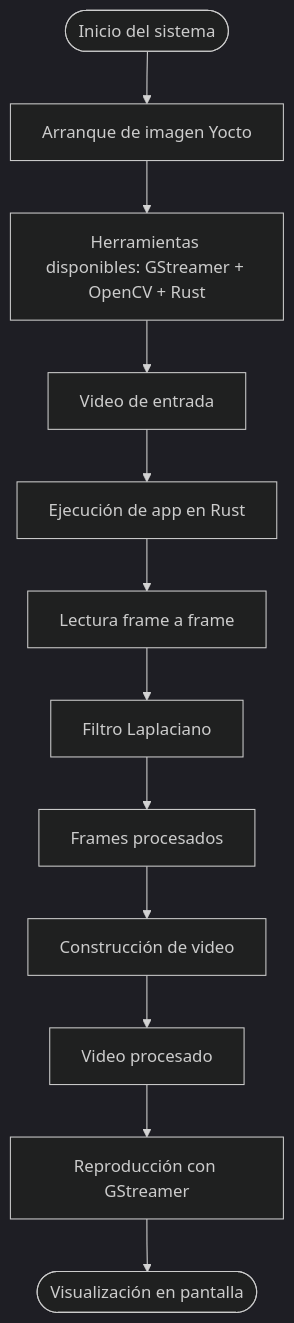
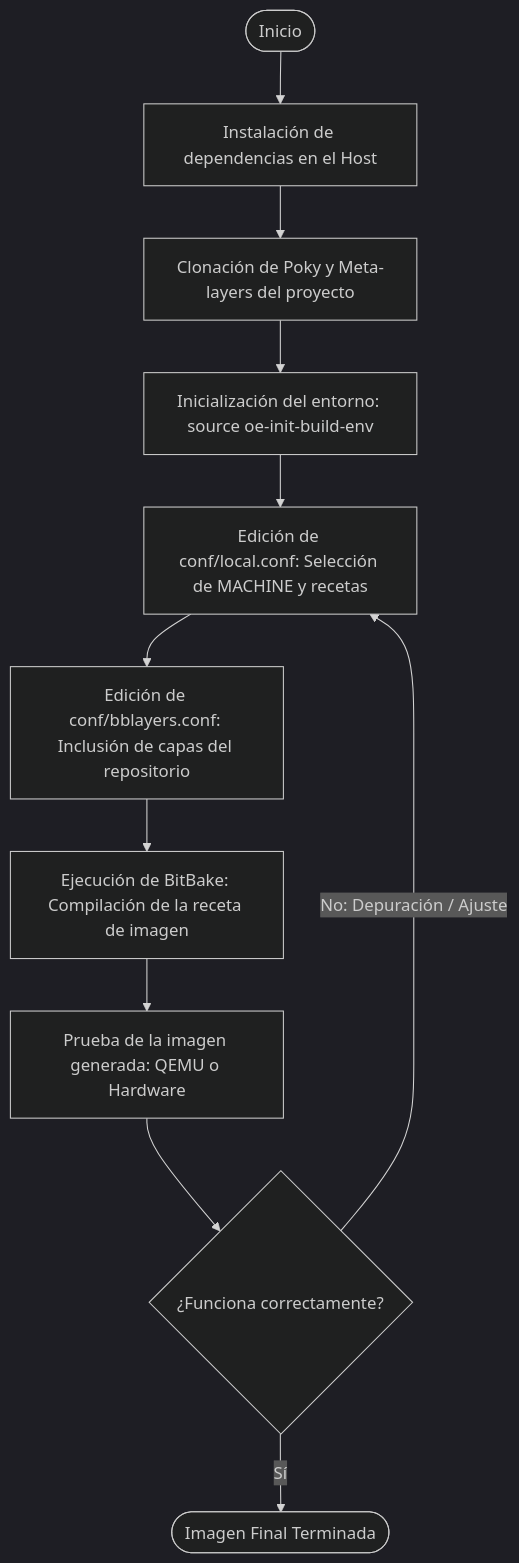
One commit to gaboprz/Embebidos-Proyecto1 changed the second of 3 diagrams in Documentación/tutorial.md. Above: the diagram before and after it, drawn with Mermaid (dark theme). The commit also changed other lines of this file, not shown here.

Commit message:
Revisiones finales a documentación

````diff
--- a/Documentación/tutorial.md
+++ b/Documentación/tutorial.md
@@ -177,15 +178,16 @@
 ```mermaid
 flowchart TD
-    A([Inicio del sistema]) --> B[Arranque de imagen Yocto]
-    B --> C[Herramientas disponibles: GStreamer + OpenCV + Rust]
-    C --> D[Video de entrada]
-    D --> E[Ejecución de app en Rust]
-    E --> F[Lectura frame a frame]
-    F --> G[Filtro Laplaciano]
-    G --> H[Frames procesados]
-    H --> I[Construcción de video]
-    I --> J[Video procesado]
-    J --> K[Reproducción con GStreamer]
-    K --> L([Visualización en pantalla])
-
+    A([Inicio]) -->  C[Instalación de dependencias en el Host]
+    C --> D[Clonación de Poky y Meta-layers del proyecto]
+    D --> E[Inicialización del entorno: source oe-init-build-env]
+    
+    E --> F[Edición de conf/local.conf: Selección de MACHINE y recetas]
+    F --> G[Edición de conf/bblayers.conf: Inclusión de capas del repositorio]
+    G --> H[Ejecución de BitBake: Compilación de la receta de imagen]
+    
+    H --> I[Prueba de la imagen generada: QEMU o Hardware]
+    
+    I --> J{¿Funciona correctamente?}
+    J -- No: Depuración / Ajuste --> F
+    J -- Sí --> K([Imagen Final Terminada])
 ```
````
